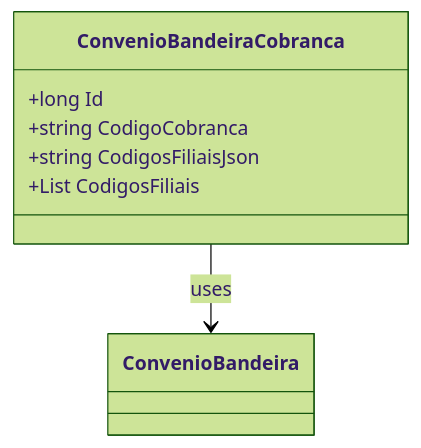
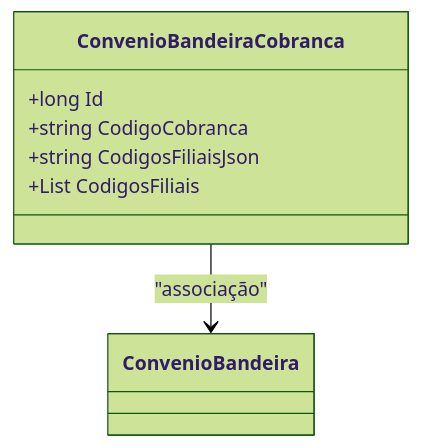
One commit to IsthmusSistemas/documentacao-tecnica changed the second of 2 diagrams in docs/b2b-dominio/IsthmusWinthor.Nucleo/IsthmusWinthor.Dominio/Entidades/ConvenioBandeiraCobranca.md. Above: the diagram before and after it, drawn with Mermaid (forest theme). The commit also changed other lines of this file and 882 other files, not shown here.

````diff
--- a/docs/b2b-dominio/IsthmusWinthor.Nucleo/IsthmusWinthor.Dominio/Entidades/ConvenioBandeiraCobranca.md
+++ b/docs/b2b-dominio/IsthmusWinthor.Nucleo/IsthmusWinthor.Dominio/Entidades/ConvenioBandeiraCobranca.md
@@ -44,12 +39,13 @@
 ```mermaid
 classDiagram
     class ConvenioBandeiraCobranca {
         +long Id
         +string CodigoCobranca
         +string CodigosFiliaisJson
         +List<string> CodigosFiliais
     }
     class ConvenioBandeira {
     }
-    ConvenioBandeiraCobranca --> ConvenioBandeira : uses
+
+    ConvenioBandeiraCobranca --> ConvenioBandeira : "associação"
 ```
````
